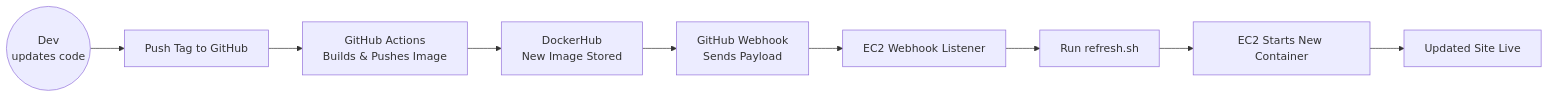
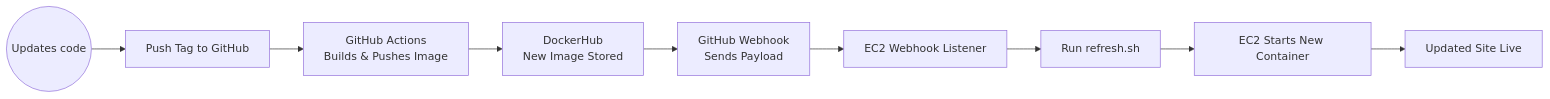
The diagram in README-CD.md (WSU-kduncan/cicdf25-Austin-Mundey), drawn with Mermaid before and after one commit. The commit also changed other lines of this file, not shown here.

Commit message:
minor changes to the readmecd

````diff
--- a/README-CD.md
+++ b/README-CD.md
@@ -146,11 +147,11 @@
 ```mermaid
 flowchart LR
-    Dev((Dev<br>updates code)) --> Tag[Push Tag to GitHub]
+    Dev((Updates code)) --> Tag[Push Tag to GitHub]
     Tag --> Actions[GitHub Actions<br>Builds & Pushes Image]
     Actions --> Hub[DockerHub<br>New Image Stored]
     Hub --> Webhook[GitHub Webhook<br>Sends Payload]
     Webhook --> Listener[EC2 Webhook Listener]
     Listener --> Script[Run refresh.sh]
     Script --> Deploy[EC2 Starts New Container]
     Deploy --> Live[Updated Site Live]
 ```
````
